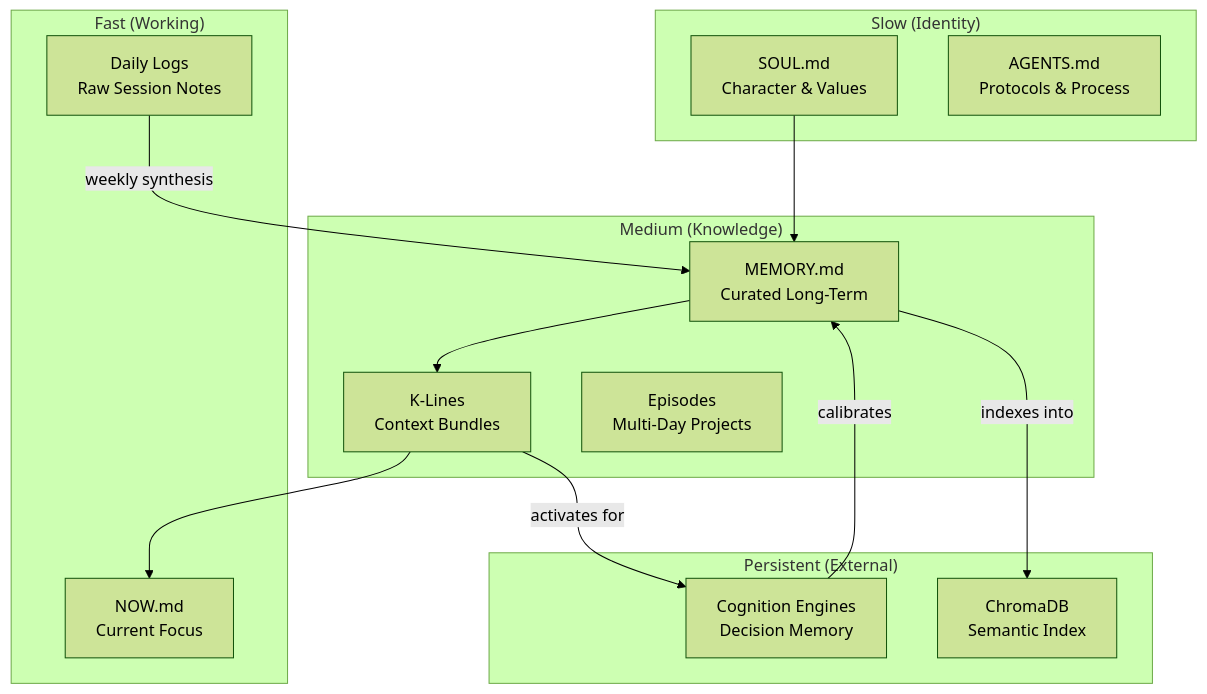
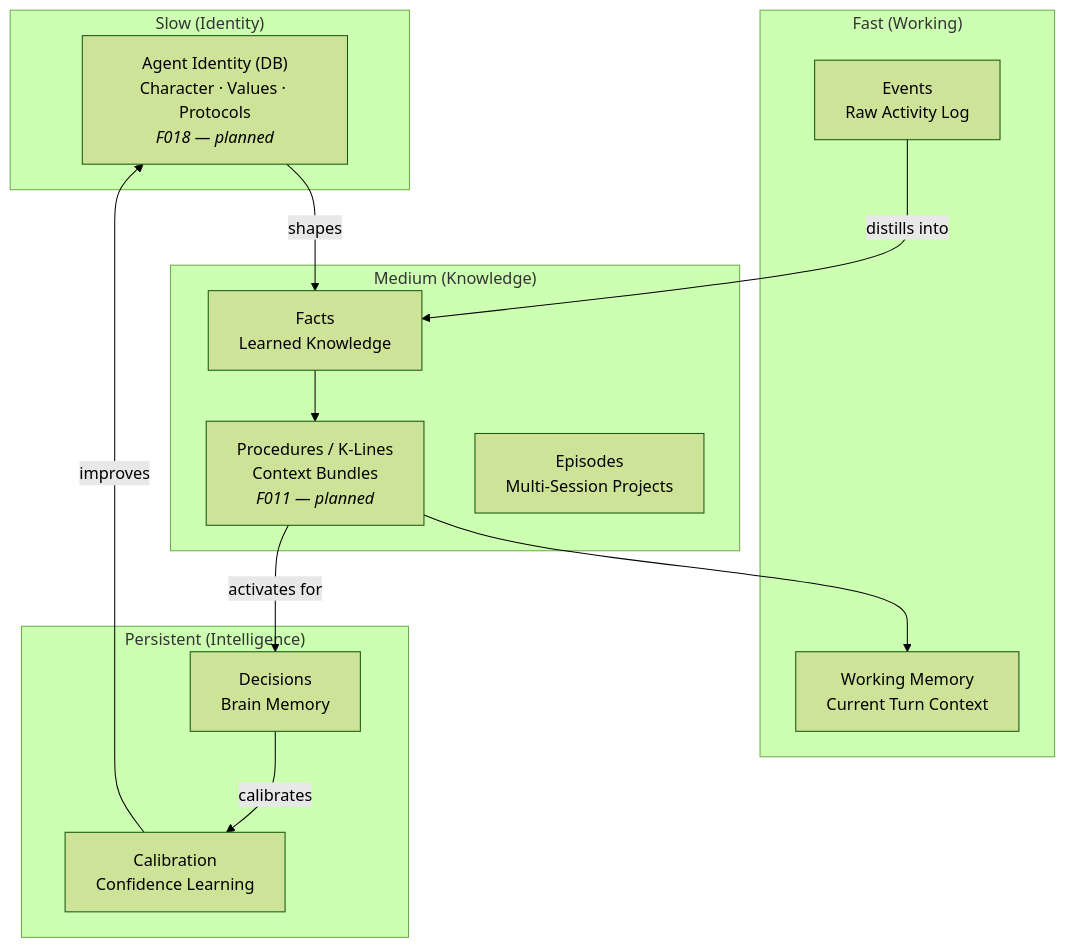
One commit to tfatykhov/newton changed the second of 4 diagrams in README.md. Above: the diagram before and after it, drawn with Mermaid (forest theme). The commit also changed 2 other files, not shown here.

Commit message:
spec: F018 Agent Identity — DB-backed identity layer
Replace static NOUS_IDENTITY_PROMPT env var with structured,
versioned identity in system.agent_identity table. 5 sections:
character, values, protocols, preferences, boundaries.

Agent can evolve preferences/protocols; character/values/boundaries
require user approval. All changes versioned with rollback.

Also updates README memory architecture diagram to reflect reality:
- Replaces SOUL.md/AGENTS.md (don't exist) with Agent Identity (DB)
- Replaces MEMORY.md/NOW.md with Facts/Working Memory
- Shows Decisions + Calibration as persistent intelligence layer
- Marks F011 (Procedures) and F018 (Identity) as planned

````diff
--- a/README.md
+++ b/README.md
@@ -138,31 +138,30 @@
 ```mermaid
 graph TB
     subgraph "Slow (Identity)"
-        SOUL[SOUL.md<br/>Character & Values]
-        AGENTS[AGENTS.md<br/>Protocols & Process]
+        ID["Agent Identity (DB)<br/>Character · Values · Protocols<br/><i>F018 — planned</i>"]
     end
 
     subgraph "Medium (Knowledge)"
-        MEM[MEMORY.md<br/>Curated Long-Term]
-        KL[K-Lines<br/>Context Bundles]
-        EP[Episodes<br/>Multi-Day Projects]
+        FACTS[Facts<br/>Learned Knowledge]
+        KL["Procedures / K-Lines<br/>Context Bundles<br/><i>F011 — planned</i>"]
+        EP[Episodes<br/>Multi-Session Projects]
     end
 
     subgraph "Fast (Working)"
-        NOW[NOW.md<br/>Current Focus]
-        DAILY[Daily Logs<br/>Raw Session Notes]
+        WM[Working Memory<br/>Current Turn Context]
+        EV[Events<br/>Raw Activity Log]
     end
 
-    subgraph "Persistent (External)"
-        CE[Cognition Engines<br/>Decision Memory]
-        CHROMA[ChromaDB<br/>Semantic Index]
+    subgraph "Persistent (Intelligence)"
+        DEC[Decisions<br/>Brain Memory]
+        CAL[Calibration<br/>Confidence Learning]
     end
 
-    SOUL --> MEM
-    MEM --> KL
-    KL --> NOW
-    DAILY -->|weekly synthesis| MEM
-    MEM -->|indexes into| CHROMA
-    CE -->|calibrates| MEM
-    KL -->|activates for| CE
+    ID -->|shapes| FACTS
+    FACTS --> KL
+    KL --> WM
+    EV -->|distills into| FACTS
+    DEC -->|calibrates| CAL
+    KL -->|activates for| DEC
+    CAL -->|improves| ID
 ```
````
